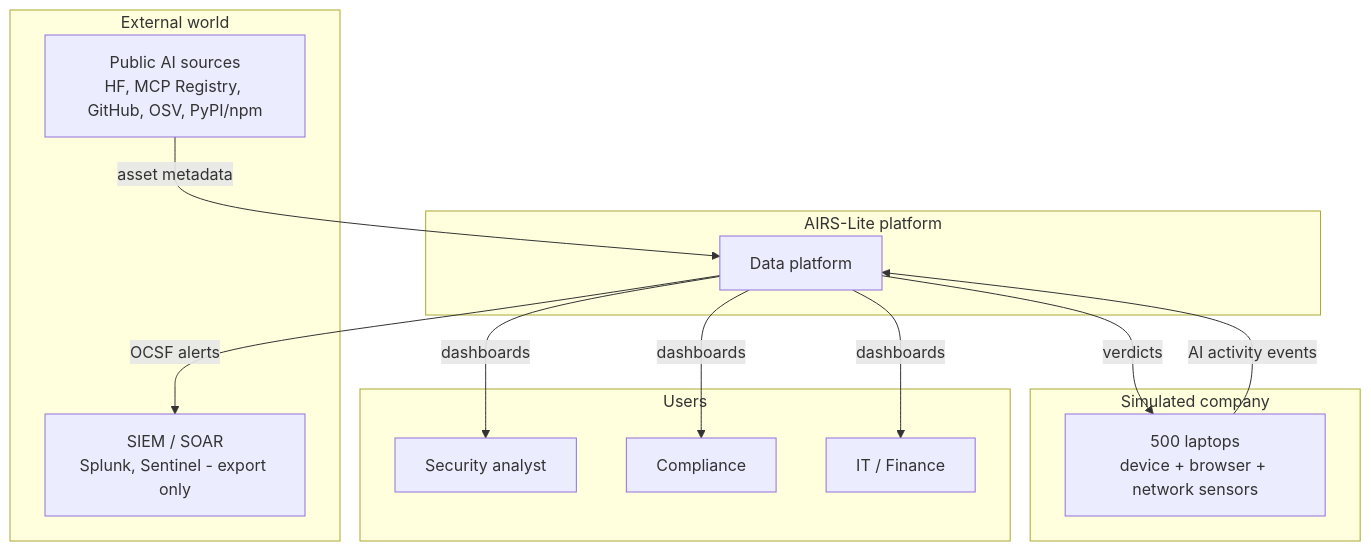
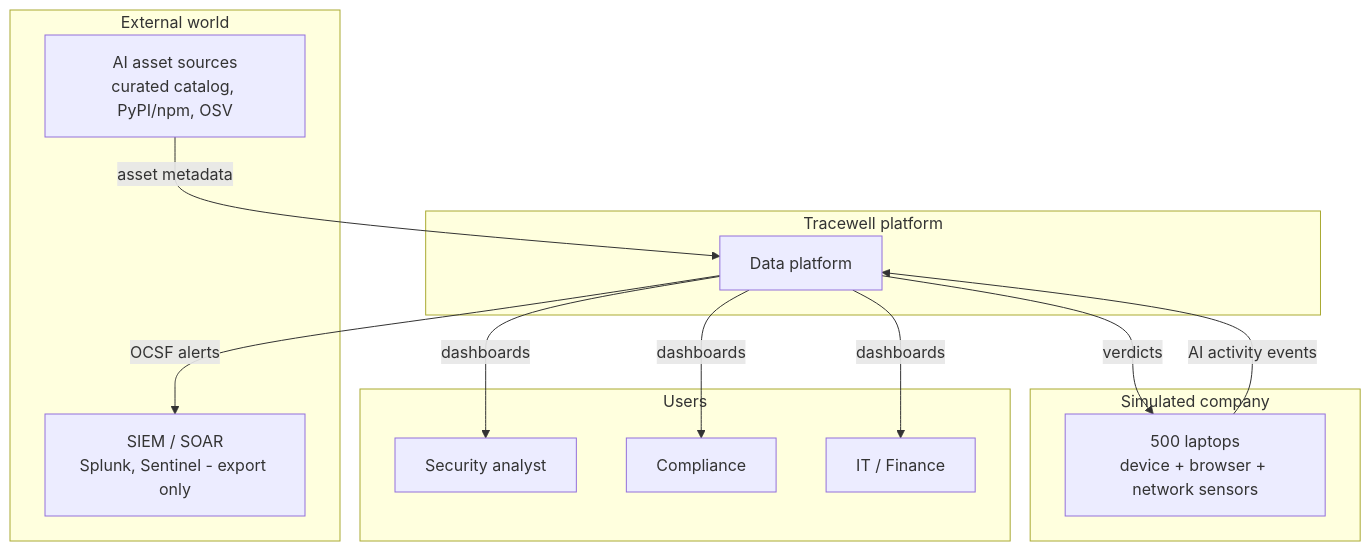
Before and after one commit to sayanah1121/AIRS-Lite-an-AI-Asset-Risk-Lakehouse: the first of 5 diagrams in docs/02-architecture.md, drawn with Mermaid. The commit also changed other lines of this file and 104 other files, not shown here.

First line of the commit message:
Phase 4, curated sources, Tracewell rename, 20k package discovery

````diff
--- a/docs/02-architecture.md
+++ b/docs/02-architecture.md
@@ -44,23 +44,23 @@
 ```mermaid
 flowchart TB
     subgraph External["External world"]
-        PUB[Public AI sources<br/>HF, MCP Registry, GitHub, OSV, PyPI/npm]
+        PUB[AI asset sources<br/>curated catalog, PyPI/npm, OSV]
         SIEM[SIEM / SOAR<br/>Splunk, Sentinel - export only]
     end
     subgraph Company["Simulated company"]
         FLEET[500 laptops<br/>device + browser + network sensors]
     end
-    subgraph Platform["AIRS-Lite platform"]
+    subgraph Platform["Tracewell platform"]
         CORE[Data platform]
     end
     subgraph Users
         SEC[Security analyst]
         CMP[Compliance]
         FIN[IT / Finance]
     end
     PUB -->|asset metadata| CORE
     FLEET -->|AI activity events| CORE
     CORE -->|verdicts| FLEET
     CORE -->|OCSF alerts| SIEM
     CORE -->|dashboards| SEC & CMP & FIN
 ```
````
